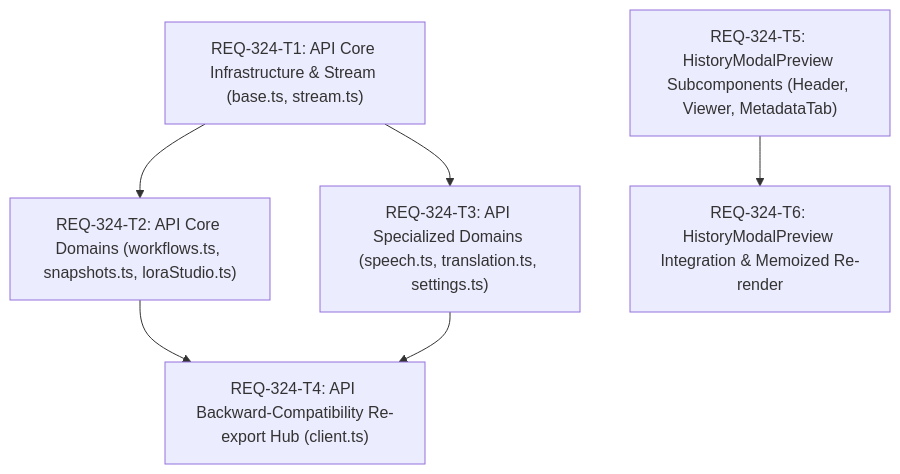
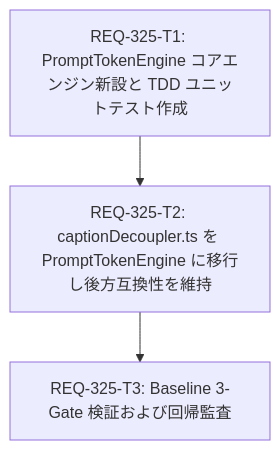
One commit to TAKE4548/comfy-create-helper2 changed the diagram in implementation_plan.md. Above: the diagram before and after it, drawn with Mermaid. The commit also changed other lines of this file and 12 other files, not shown here.

````diff
--- a/implementation_plan.md
+++ b/implementation_plan.md
@@ -69,15 +38,9 @@
 ```mermaid
 graph TD
-    REQ-324-T1["REQ-324-T1: API Core Infrastructure & Stream (base.ts, stream.ts)"]
-    REQ-324-T2["REQ-324-T2: API Core Domains (workflows.ts, snapshots.ts, loraStudio.ts)"]
-    REQ-324-T3["REQ-324-T3: API Specialized Domains (speech.ts, translation.ts, settings.ts)"]
-    REQ-324-T4["REQ-324-T4: API Backward-Compatibility Re-export Hub (client.ts)"]
-    REQ-324-T5["REQ-324-T5: HistoryModalPreview Subcomponents (Header, Viewer, MetadataTab)"]
-    REQ-324-T6["REQ-324-T6: HistoryModalPreview Integration & Memoized Re-render"]
+    REQ-325-T1["REQ-325-T1: PromptTokenEngine コアエンジン新設と TDD ユニットテスト作成"]
+    REQ-325-T2["REQ-325-T2: captionDecoupler.ts を PromptTokenEngine に移行し後方互換性を維持"]
+    REQ-325-T3["REQ-325-T3: Baseline 3-Gate 検証および回帰監査"]
 
-    REQ-324-T1 --> REQ-324-T2
-    REQ-324-T1 --> REQ-324-T3
-    REQ-324-T2 --> REQ-324-T4
-    REQ-324-T3 --> REQ-324-T4
-    REQ-324-T5 --> REQ-324-T6
+    REQ-325-T1 --> REQ-325-T2
+    REQ-325-T2 --> REQ-325-T3
 ```
````
